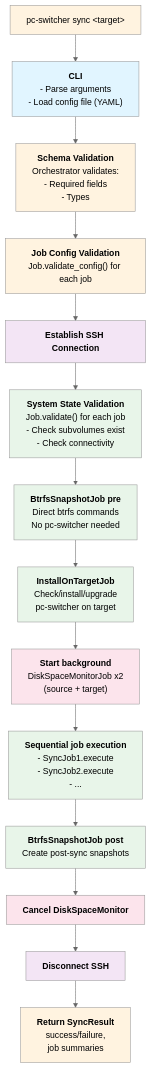
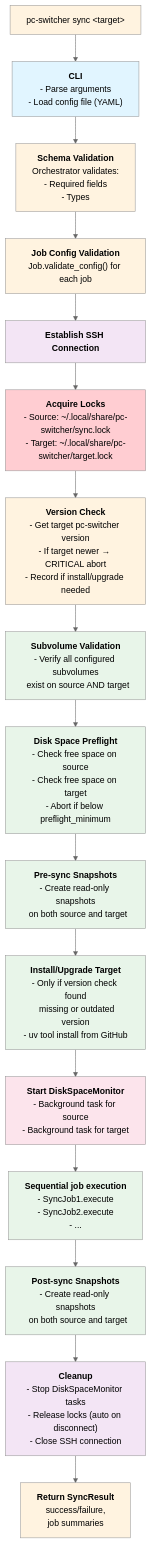
One commit to flaksit/pc-switcher changed diagram 15 of 19 in specs/001-foundation/architecture.md. Above: the diagram before and after it, drawn with Mermaid (neutral theme). The commit also changed other lines of this file and 3 other files, not shown here.

````diff
--- a/specs/001-foundation/architecture.md
+++ b/specs/001-foundation/architecture.md
@@ -1017,59 +1017,67 @@
 ```mermaid
 graph TD
     Start["pc-switcher sync &lt;target&gt;"]
 
     CLI["<b>CLI</b><br/>- Parse arguments<br/>- Load config file (YAML)"]
 
     SchemaVal["<b>Schema Validation</b><br/>Orchestrator validates:<br/>- Required fields<br/>- Types"]
 
     JobConfigVal["<b>Job Config Validation</b><br/>Job.validate_config() for each job"]
 
     Connect["<b>Establish SSH Connection</b>"]
 
-    SystemVal["<b>System State Validation</b><br/>Job.validate() for each job<br/>- Check subvolumes exist<br/>- Check connectivity"]
+    AcquireLocks["<b>Acquire Locks</b><br/>- Source: ~/.local/share/pc-switcher/sync.lock<br/>- Target: ~/.local/share/pc-switcher/target.lock"]
 
-    SnapPre["<b>BtrfsSnapshotJob pre</b><br/>Direct btrfs commands<br/>No pc-switcher needed"]
+    VersionCheck["<b>Version Check</b><br/>- Get target pc-switcher version<br/>- If target newer → CRITICAL abort<br/>- Record if install/upgrade needed"]
 
-    InstallTarget["<b>InstallOnTargetJob</b><br/>Check/install/upgrade<br/>pc-switcher on target"]
+    SubvolCheck["<b>Subvolume Validation</b><br/>- Verify all configured subvolumes<br/>  exist on source AND target"]
 
-    StartDiskMon["<b>Start background</b><br/>DiskSpaceMonitorJob x2<br/>(source + target)"]
+    DiskPreflight["<b>Disk Space Preflight</b><br/>- Check free space on source<br/>- Check free space on target<br/>- Abort if below preflight_minimum"]
+
+    SnapPre["<b>Pre-sync Snapshots</b><br/>- Create read-only snapshots<br/>  on both source and target"]
+
+    InstallTarget["<b>Install/Upgrade Target</b><br/>- Only if version check found<br/>  missing or outdated version<br/>- uv tool install from GitHub"]
+
+    StartDiskMon["<b>Start DiskSpaceMonitor</b><br/>- Background task for source<br/>- Background task for target"]
 
     SyncJobs["<b>Sequential job execution</b><br/>- SyncJob1.execute<br/>- SyncJob2.execute<br/>- ..."]
 
-    SnapPost["<b>BtrfsSnapshotJob post</b><br/>Create post-sync snapshots"]
+    SnapPost["<b>Post-sync Snapshots</b><br/>- Create read-only snapshots<br/>  on both source and target"]
 
-    CancelMon["<b>Cancel DiskSpaceMonitor</b>"]
-
-    Disconnect["<b>Disconnect SSH</b>"]
+    Cleanup["<b>Cleanup</b><br/>- Stop DiskSpaceMonitor tasks<br/>- Release locks (auto on disconnect)<br/>- Close SSH connection"]
 
     Result["<b>Return SyncResult</b><br/>success/failure,<br/>job summaries"]
 
     Start --> CLI
     CLI --> SchemaVal
     SchemaVal --> JobConfigVal
     JobConfigVal --> Connect
-    Connect --> SystemVal
-    SystemVal --> SnapPre
+    Connect --> AcquireLocks
+    AcquireLocks --> VersionCheck
+    VersionCheck --> SubvolCheck
+    SubvolCheck --> DiskPreflight
+    DiskPreflight --> SnapPre
     SnapPre --> InstallTarget
     InstallTarget --> StartDiskMon
     StartDiskMon --> SyncJobs
     SyncJobs --> SnapPost
-    SnapPost --> CancelMon
-    CancelMon --> Disconnect
-    Disconnect --> Result
+    SnapPost --> Cleanup
+    Cleanup --> Result
 
     style Start fill:#fff3e0
     style CLI fill:#e1f5ff
     style SchemaVal fill:#fff3e0
     style JobConfigVal fill:#fff3e0
     style Connect fill:#f3e5f5
-    style SystemVal fill:#e8f5e9
+    style AcquireLocks fill:#ffcdd2
+    style VersionCheck fill:#fff3e0
+    style SubvolCheck fill:#e8f5e9
+    style DiskPreflight fill:#e8f5e9
     style SnapPre fill:#e8f5e9
     style InstallTarget fill:#e8f5e9
     style StartDiskMon fill:#fce4ec
     style SyncJobs fill:#e8f5e9
     style SnapPost fill:#e8f5e9
-    style CancelMon fill:#fce4ec
-    style Disconnect fill:#f3e5f5
+    style Cleanup fill:#f3e5f5
     style Result fill:#fff3e0
 ```
````
